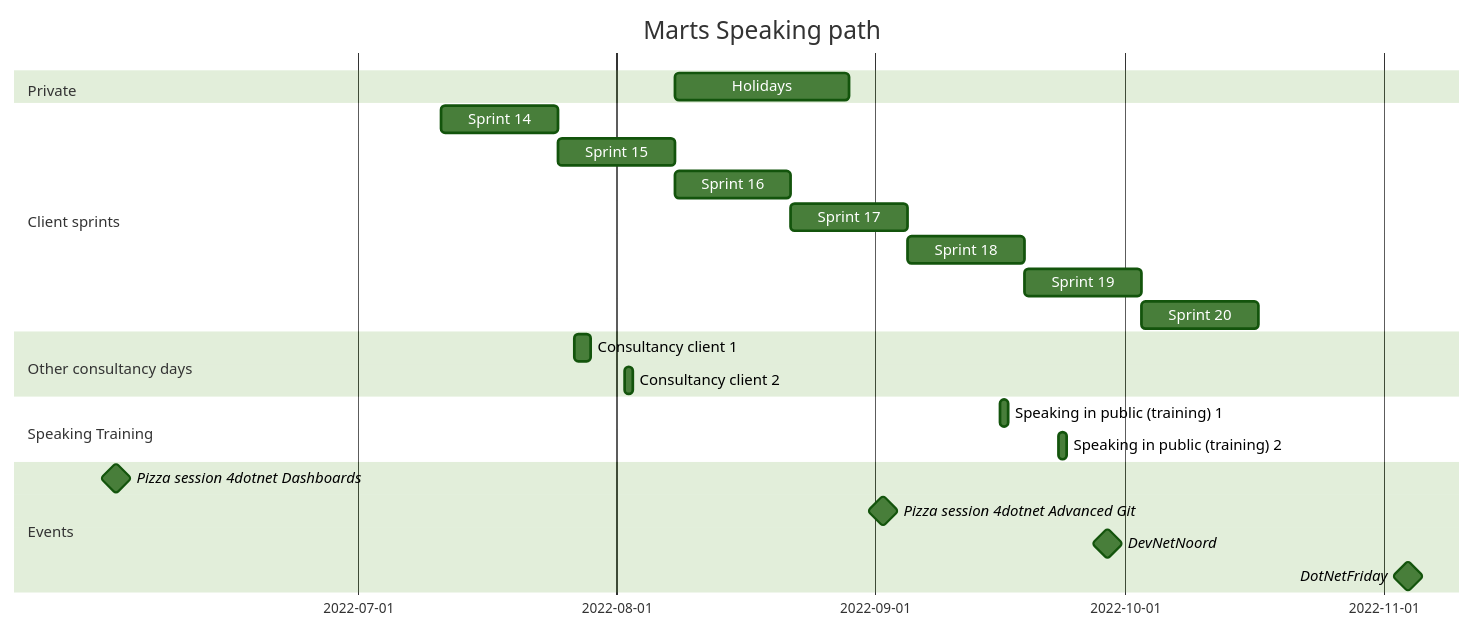
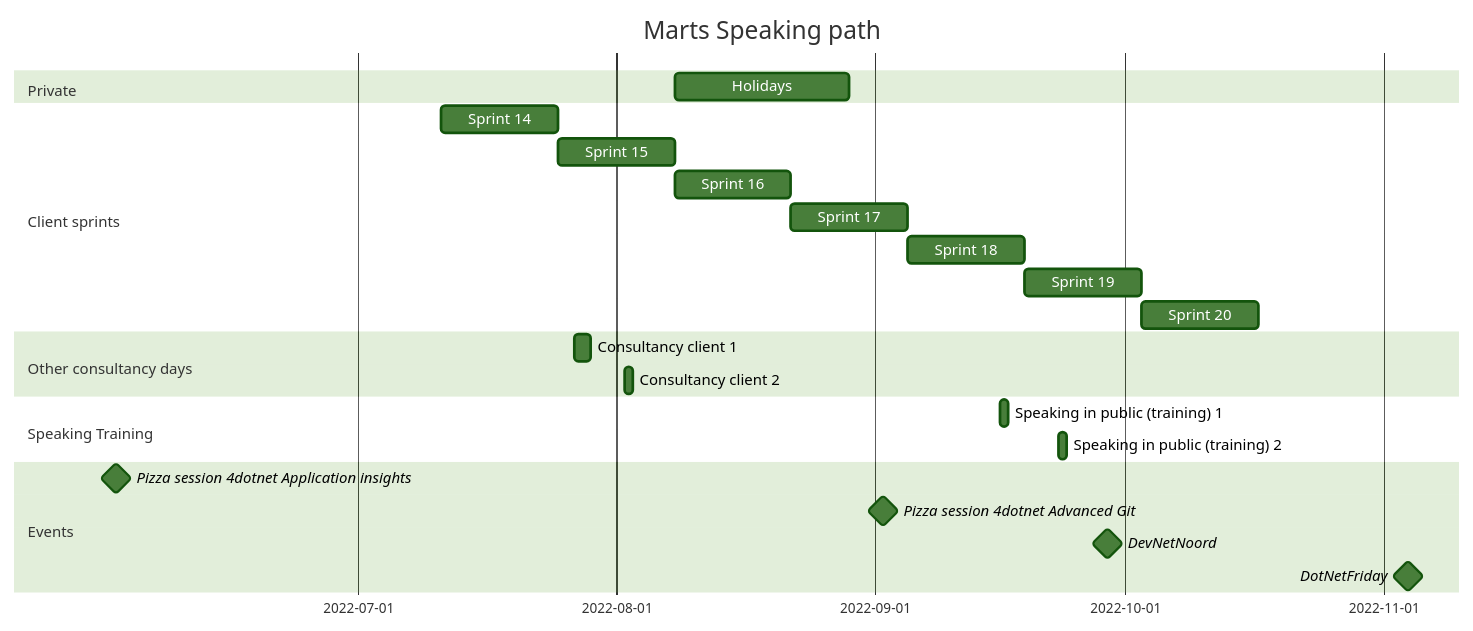
One commit to martdegraaf/martdegraaf.github.io changed the diagram in src/blog/content/reviews/books/eat-that-frog-book-review.md. Above: the diagram before and after it, drawn with Mermaid (forest theme). The commit also changed other lines of this file and 2 other files, not shown here.

Commit message:
tijdelijke locaiton.reload als mermaid op page en theme refresh

````diff
--- a/src/blog/content/reviews/books/eat-that-frog-book-review.md
+++ b/src/blog/content/reviews/books/eat-that-frog-book-review.md
@@ -82,28 +82,28 @@
 ```mermaid
 gantt
     title Marts Speaking path
     dateFormat  YYYY-MM-DD
     section Private
     Holidays :v1, 2022-08-08, 3w
     section Client sprints
     Sprint 14 :s14, 2022-07-11, 2w
     Sprint 15 :s15, after s14, 2w
     Sprint 16 :s16, after s15, 2w
     Sprint 17 :s17, after s16, 2w
     Sprint 18 :s18, after s17, 2w
     Sprint 19 :s19, after s18, 2w
     Sprint 20 :s20, after s19, 2w
     
     section Other consultancy days
     Consultancy client 1 : 2022-07-27, 2d
     Consultancy client 2 : 2022-08-02, 1d
     
     section Speaking Training
     Speaking in public (training) 1         :a1, 2022-09-16, 1d
     Speaking in public (training) 2         :a1, 2022-09-23, 1d
     section Events
-    Pizza session 4dotnet Dashboards : milestone, m1, 2022-06-02, 2min
+    Pizza session 4dotnet Application insights : milestone, m1, 2022-06-02, 2min
     Pizza session 4dotnet Advanced Git : milestone, m1, 2022-09-02, 2min
     DevNetNoord : milestone, m1, 2022-09-29, 2min
     DotNetFriday : milestone, m1, 2022-11-04, 2min
 ```
````
